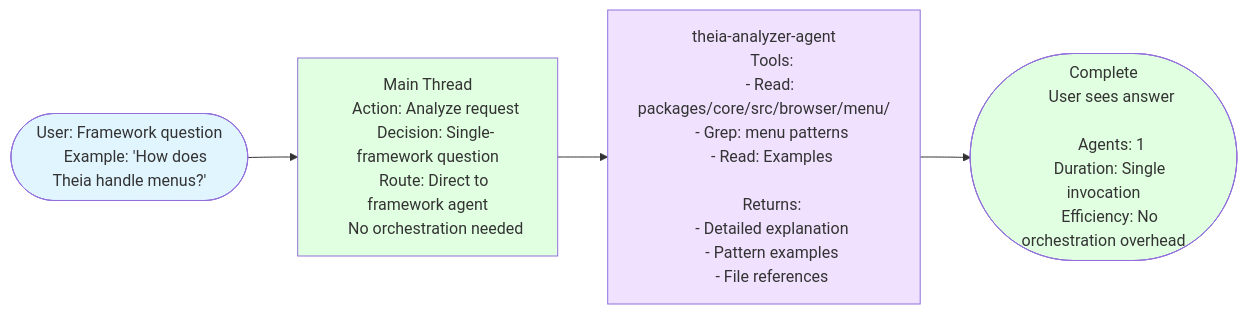
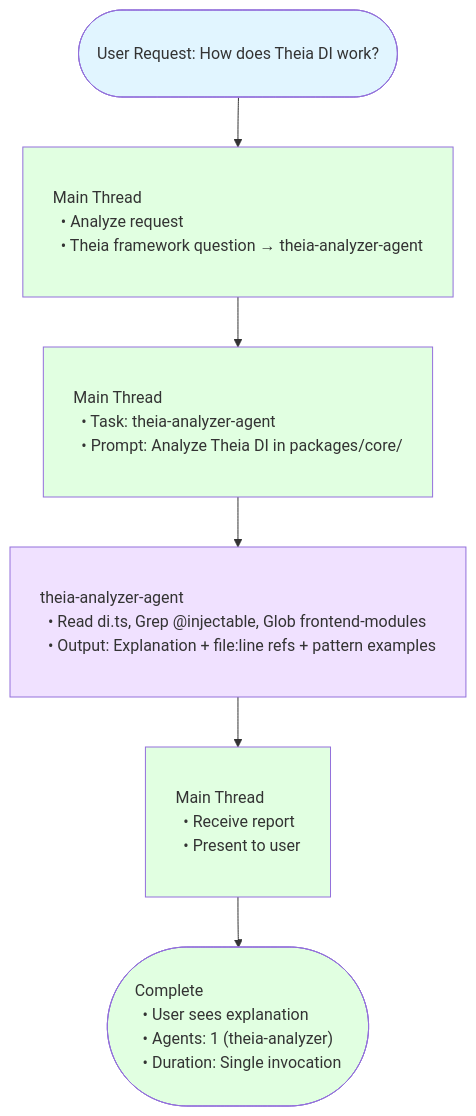
The third of 31 diagrams in AGENT_SWARM_FLOW_VISUAL.md (QUUS-TheSmallCodeTeam/theia-fork), drawn with Mermaid before and after one commit. The commit also changed other lines of this file, not shown here.

First line of the commit message:
feat: redesign all mermaid diagrams with vertical flow and left-aligned text

````diff
--- a/AGENT_SWARM_FLOW_VISUAL.md
+++ b/AGENT_SWARM_FLOW_VISUAL.md
@@ -741,34 +110,35 @@
 ```mermaid
-flowchart LR
-    User(["User: Framework question
-    Example: 'How does Theia handle menus?'"])
+flowchart TD
+    classDef wideBox padding:12px 20px,text-align:left,white-space:pre;
+    classDef wideDecision padding:12px 20px,text-align:left,white-space:pre;
 
-    --> MT["Main Thread
-    Action: Analyze request
-    Decision: Single-framework question
-    Route: Direct to framework agent
-    No orchestration needed"]
+    User(["User Request: How does Theia DI work?"]):::wideBox
+
+    --> MT1["Main Thread
+  • Analyze request
+  • Theia framework question → theia-analyzer-agent"]:::wideBox
+
+    --> Invoke["Main Thread
+  • Task: theia-analyzer-agent
+  • Prompt: Analyze Theia DI in packages/core/"]:::wideBox
 
     --> Agent["theia-analyzer-agent
-    Tools:
-    - Read: packages/core/src/browser/menu/
-    - Grep: menu patterns
-    - Read: Examples
+  • Read di.ts, Grep @injectable, Glob frontend-modules
+  • Output: Explanation + file:line refs + pattern examples"]:::wideBox
 
-    Returns:
-    - Detailed explanation
-    - Pattern examples
-    - File references"]
+    --> MT2["Main Thread
+  • Receive report
+  • Present to user"]:::wideBox
 
-    --> Answer(["Complete
-    User sees answer
-
-    Agents: 1
-    Duration: Single invocation
-    Efficiency: No orchestration overhead"])
+    --> End(["Complete
+  • User sees explanation
+  • Agents: 1 (theia-analyzer)
+  • Duration: Single invocation"]):::wideBox
 
     style User fill:#e1f5ff
-    style MT fill:#e1ffe1
+    style MT1 fill:#e1ffe1
+    style MT2 fill:#e1ffe1
+    style Invoke fill:#e1ffe1
     style Agent fill:#f0e1ff
-    style Answer fill:#e1ffe1
+    style End fill:#e1ffe1
 ```
````
